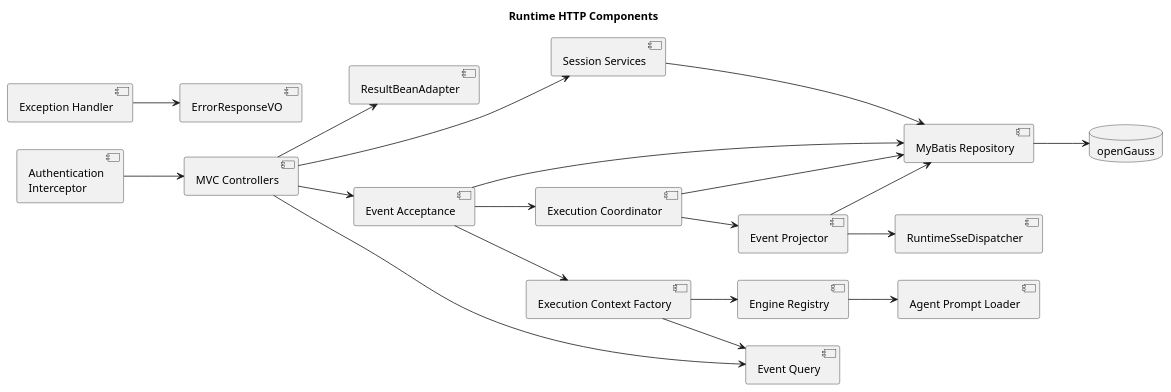
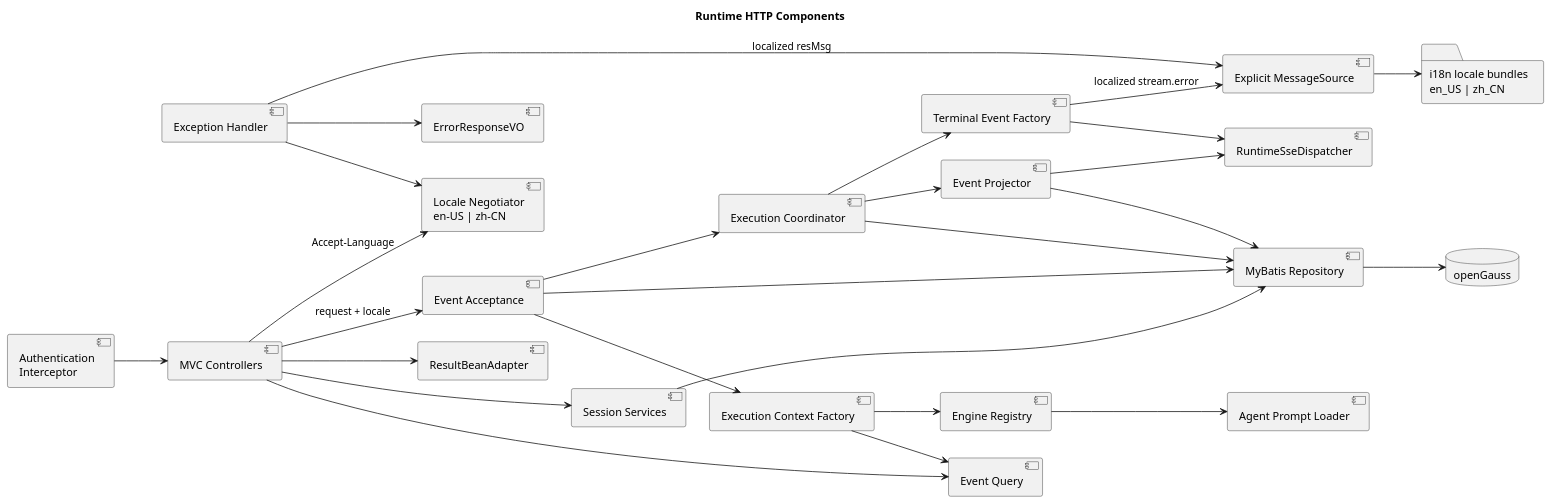
The third of 3 diagrams in docs/designs/coding-agent-cli/diagram.puml (2862282695gjh-afk/pi-mono-java), drawn with PlantUML before and after one commit. The commit also changed other lines of this file and 5 other files, not shown here.

```diff
--- a/docs/designs/coding-agent-cli/diagram.puml
+++ b/docs/designs/coding-agent-cli/diagram.puml
@@ -58,49 +58,64 @@
 @startuml runtime-http-components
 title Runtime HTTP Components
 left to right direction
 
-' Source evidence baseline: implementation commit f899547d120ce06aec27ecf5dbb448a7851a942a.
+' Source evidence baseline: implementation commit 3a6358bc9dd5837cdf5ac866fc0761298372510a.
 ' Source: modules/coding-agent-cli/src/main/java/com/campusclaw/codingagent/runtimeapi/web, Controller classes.
+' Source: modules/coding-agent-cli/src/main/java/com/campusclaw/codingagent/runtimeapi/web/RuntimeRequestContext.java, RuntimeRequestContext#locale.
 ' Source: modules/coding-agent-cli/src/main/java/com/campusclaw/codingagent/runtimeapi/event/RuntimeEventService.java.
 ' Source: modules/coding-agent-cli/src/main/java/com/campusclaw/codingagent/runtimeapi/event/RuntimeEventQueryService.java.
 ' Source: modules/coding-agent-cli/src/main/java/com/campusclaw/codingagent/runtimeapi/event/RuntimeExecutionCoordinator.java.
 ' Source: modules/coding-agent-cli/src/main/java/com/campusclaw/codingagent/runtimeapi/persistence/MyBatisRuntimeSessionRepository.java.
 ' Observed behavior: blocking MVC boundaries delegate execution to the agent engine and stream through bounded SSE subscribers.
+' Observed behavior: root messages.properties and messages_zh_CN.properties rely on the default Spring Boot message source.
+' Target-only design: explicit en_US and zh_CN bundles live under i18n and an explicit MessageSource loads them.
+' Architecture change: no base messages.properties is retained, so default message-source auto-configuration is not used.
 ' Design reason: separate request acceptance, history queries, and the asynchronous execution lifecycle.
 
 component "MVC Controllers" as Controllers
 component "Authentication\nInterceptor" as Auth
+component "Locale Negotiator\nen-US | zh-CN" as LocaleNegotiator
 component "Exception Handler" as Errors
 component "ResultBeanAdapter" as Result
 component "ErrorResponseVO" as ErrorBody
+component "Explicit MessageSource" as MessageSource
+folder "i18n locale bundles\nen_US | zh_CN" as Bundles
 component "Session Services" as Sessions
 component "Event Acceptance" as Events
 component "Event Query" as Queries
 component "Execution Context Factory" as Context
 component "Execution Coordinator" as Coordinator
+component "Terminal Event Factory" as TerminalEvents
 component "Event Projector" as Projector
 component "RuntimeSseDispatcher" as Sse
 component "Engine Registry" as Engine
 component "Agent Prompt Loader" as Prompt
 component "MyBatis Repository" as Repository
 database "openGauss" as Db
 
 Auth --> Controllers
+Controllers --> LocaleNegotiator : Accept-Language
 Controllers --> Sessions
-Controllers --> Events
+Controllers --> Events : request + locale
 Controllers --> Queries
 Controllers --> Result
+Errors --> LocaleNegotiator
+Errors --> MessageSource : localized resMsg
 Errors --> ErrorBody
+MessageSource --> Bundles
 Sessions --> Repository
 Events --> Repository
 Events --> Context
 Events --> Coordinator
 Context --> Queries
 Context --> Engine
+Coordinator --> TerminalEvents
 Coordinator --> Projector
 Coordinator --> Repository
+TerminalEvents --> MessageSource : localized stream.error
+TerminalEvents --> Sse
 Projector --> Repository
 Projector --> Sse
 Engine --> Prompt
 Repository --> Db
 @enduml
```
